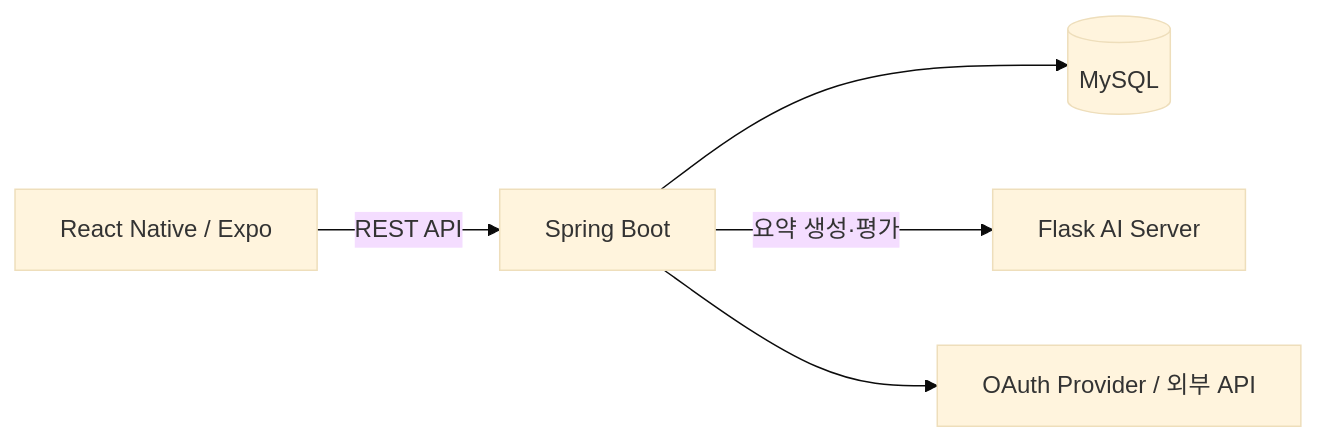
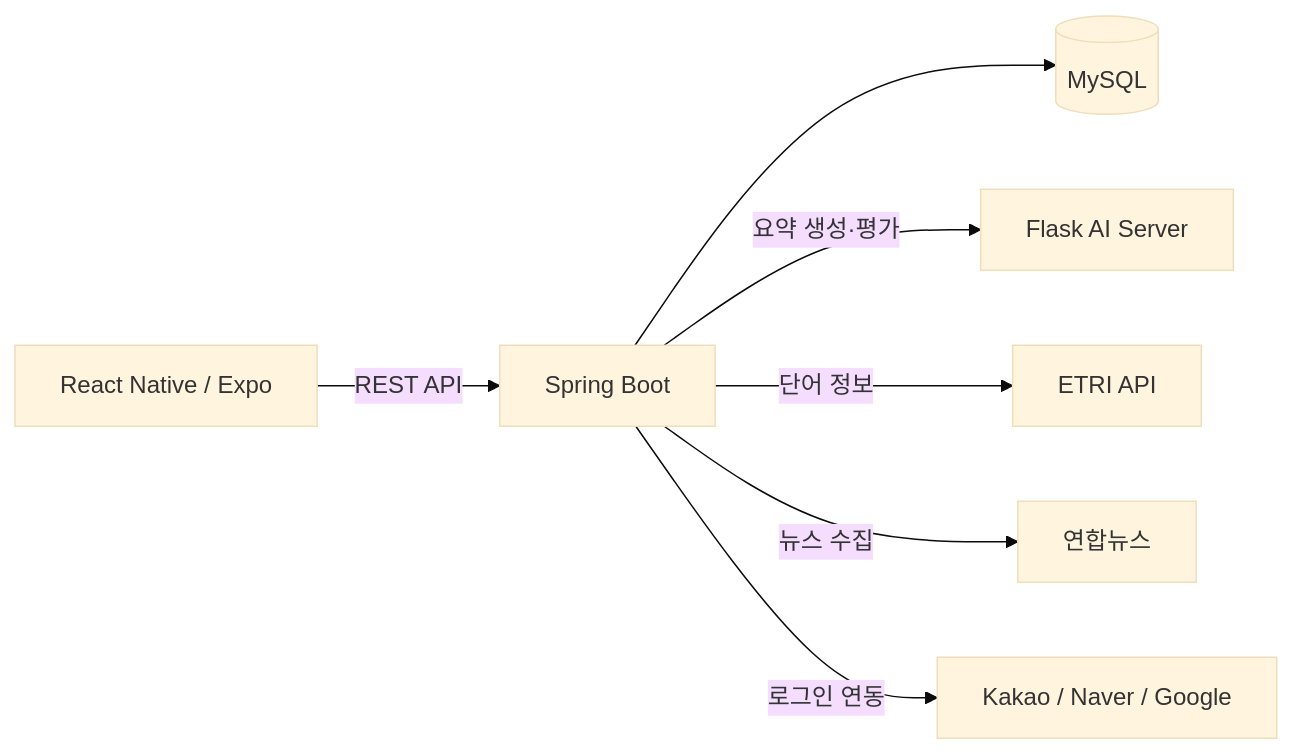
One commit to hyeonminee/Deepread_BE changed the diagram in README.md. Above: the diagram before and after it, drawn with Mermaid (base theme). The commit also changed other lines of this file, not shown here.

````diff
--- a/README.md
+++ b/README.md
@@ -45,7 +69,9 @@
 ```mermaid
 flowchart LR
     FE[React Native / Expo] -->|REST API| BE[Spring Boot]
     BE --> DB[(MySQL)]
     BE -->|요약 생성·평가| AI[Flask AI Server]
-    BE --> EXT[OAuth Provider / 외부 API]
+    BE -->|단어 정보| ETRI[ETRI API]
+    BE -->|뉴스 수집| NEWS[연합뉴스]
+    BE -->|로그인 연동| OAUTH[Kakao / Naver / Google]
 ```
````
